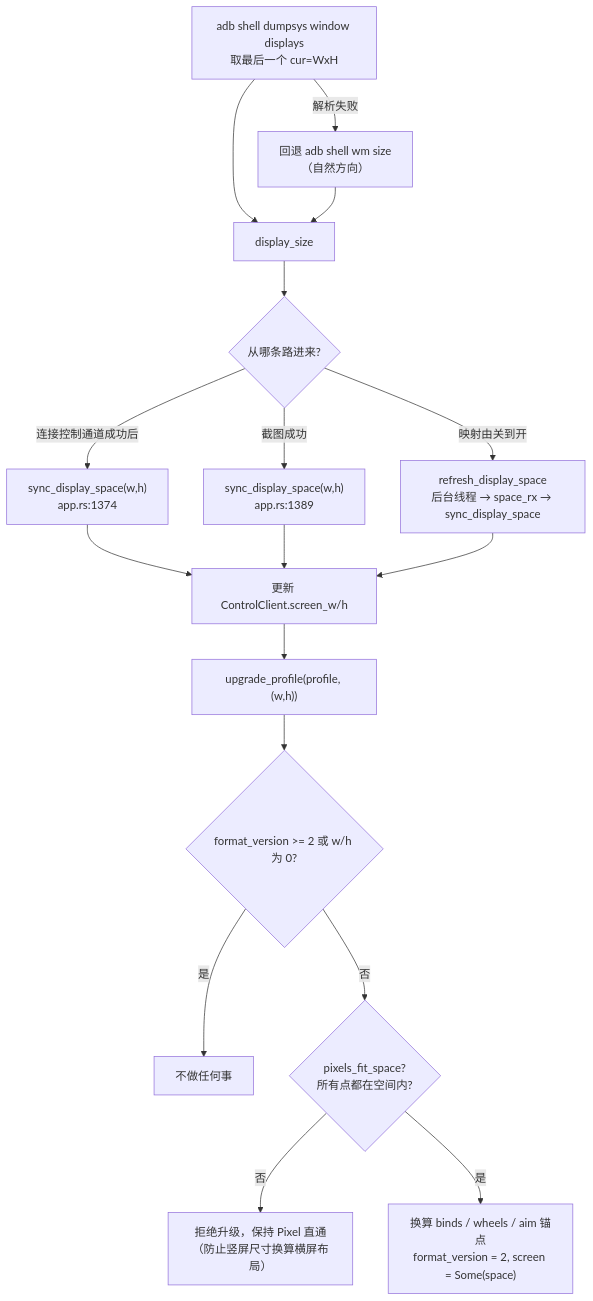
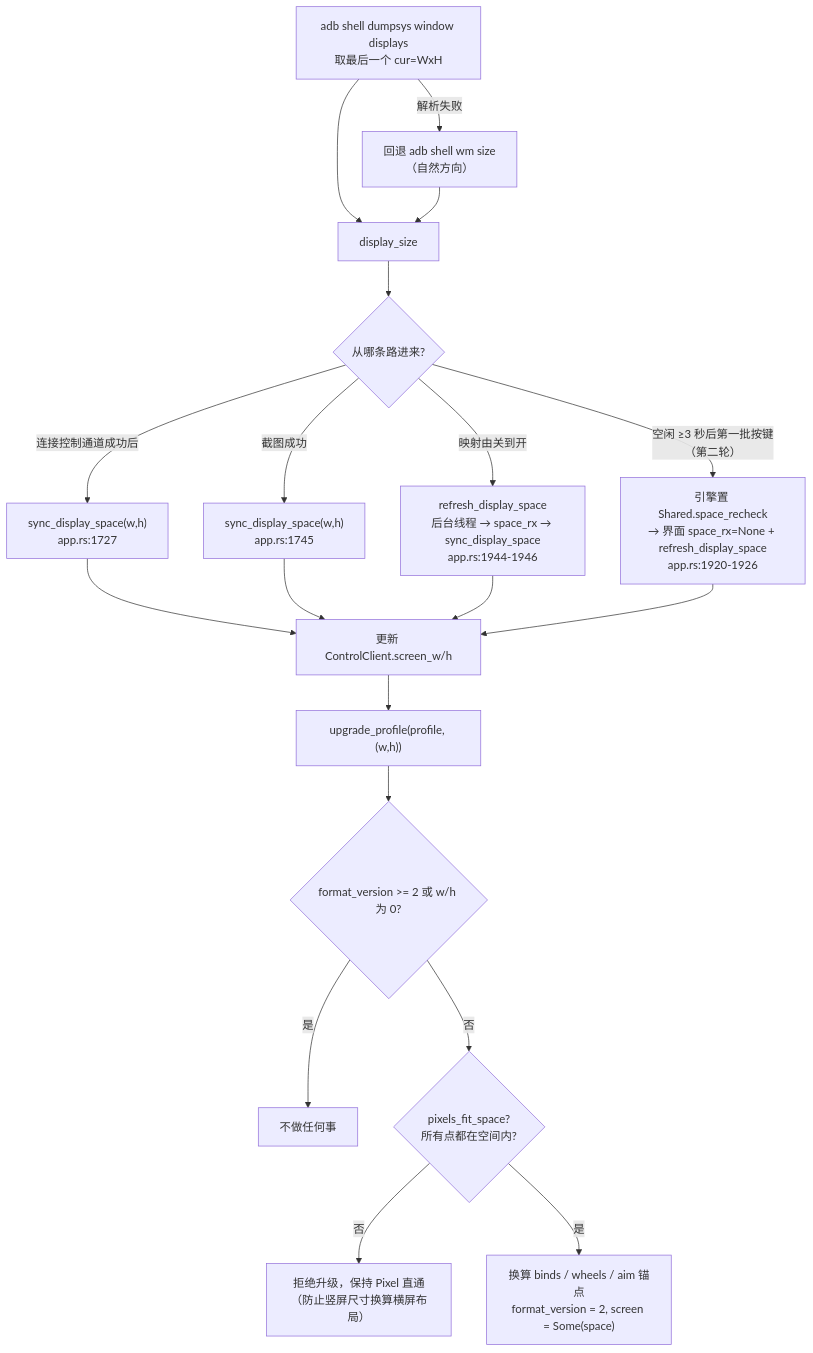
Before and after one commit to Azrl-lyh/scrcpy-pad: the sixth of 10 diagrams in 文档/功能组分说明.md, drawn with Mermaid. The commit also changed other lines of this file and 10 other files, not shown here.

````diff
--- a/文档/功能组分说明.md
+++ b/文档/功能组分说明.md
@@ -591,19 +627,21 @@
 ```mermaid
 flowchart TD
     A["adb shell dumpsys window displays<br/>取最后一个 cur=WxH"] -->|"解析失败"| B["回退 adb shell wm size<br/>（自然方向）"]
     A --> C["display_size"]
     B --> C
     C --> D{"从哪条路进来?"}
-    D -->|"连接控制通道成功后"| E["sync_display_space(w,h)<br/>app.rs:1374"]
-    D -->|"截图成功"| F["sync_display_space(w,h)<br/>app.rs:1389"]
-    D -->|"映射由关到开"| G["refresh_display_space<br/>后台线程 → space_rx → sync_display_space"]
+    D -->|"连接控制通道成功后"| E["sync_display_space(w,h)<br/>app.rs:1727"]
+    D -->|"截图成功"| F["sync_display_space(w,h)<br/>app.rs:1745"]
+    D -->|"映射由关到开"| G["refresh_display_space<br/>后台线程 → space_rx → sync_display_space<br/>app.rs:1944-1946"]
+    D -->|"空闲 ≥3 秒后第一批按键<br/>（第二轮）"| G2["引擎置 Shared.space_recheck<br/>→ 界面 space_rx=None + refresh_display_space<br/>app.rs:1920-1926"]
     E --> H["更新 ControlClient.screen_w/h"]
     F --> H
     G --> H
+    G2 --> H
     H --> I["upgrade_profile(profile, (w,h))"]
     I --> J{"format_version >= 2 或 w/h 为 0?"}
     J -->|"是"| K["不做任何事"]
     J -->|"否"| L{"pixels_fit_space?<br/>所有点都在空间内?"}
     L -->|"否"| M["拒绝升级，保持 Pixel 直通<br/>（防止竖屏尺寸换算横屏布局）"]
     L -->|"是"| N["换算 binds / wheels / aim 锚点<br/>format_version = 2, screen = Some(space)"]
 ```
````
